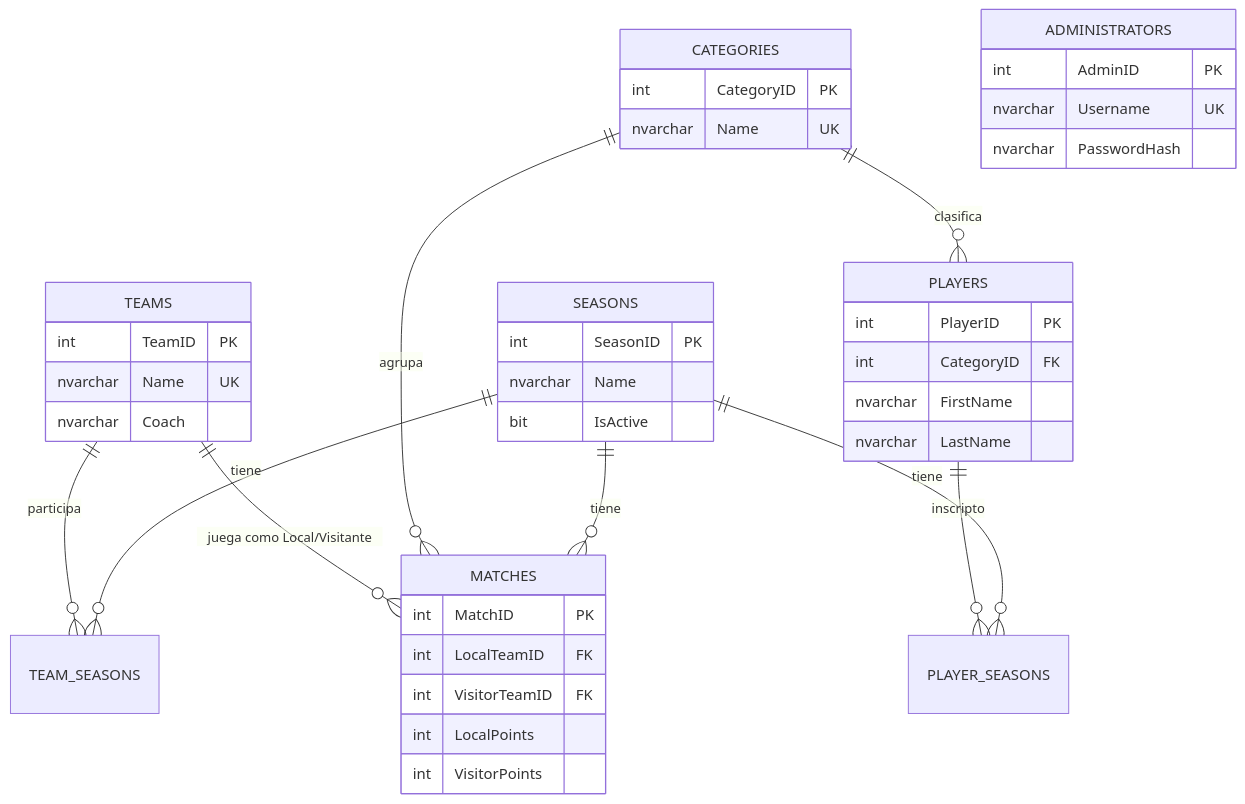
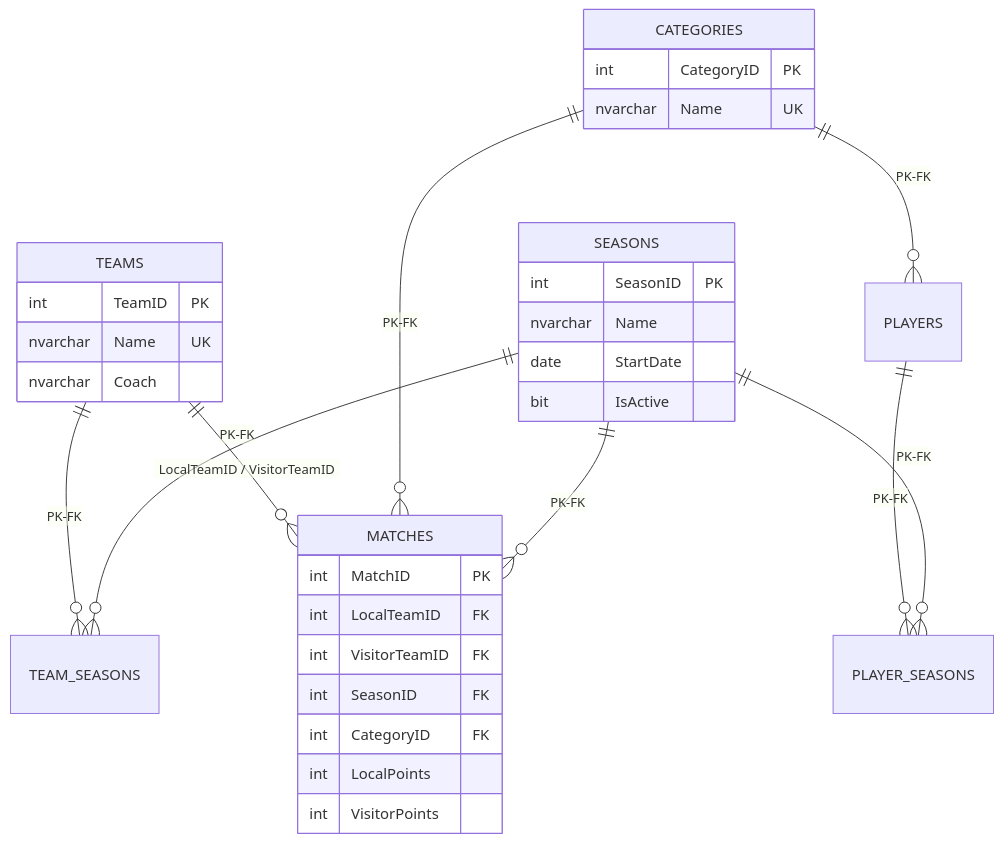
One commit to tomyhok/TPO_API_2026 changed the second of 3 diagrams in TPO_Liga/docs/DOCUMENTACION_TECNICA.md. Above: the diagram before and after it, drawn with Mermaid. The commit also changed other lines of this file and 1 other file, not shown here.

````diff
--- a/TPO_Liga/docs/DOCUMENTACION_TECNICA.md
+++ b/TPO_Liga/docs/DOCUMENTACION_TECNICA.md
@@ -51,47 +227,39 @@
 ```mermaid
 erDiagram
-    SEASONS ||--o{ TEAM_SEASONS : "tiene"
-    SEASONS ||--o{ PLAYER_SEASONS : "tiene"
-    SEASONS ||--o{ MATCHES : "tiene"
+    SEASONS ||--o{ TEAM_SEASONS : "PK-FK"
+    SEASONS ||--o{ PLAYER_SEASONS : "PK-FK"
+    SEASONS ||--o{ MATCHES : "PK-FK"
     
-    CATEGORIES ||--o{ MATCHES : "agrupa"
-    CATEGORIES ||--o{ PLAYERS : "clasifica"
+    CATEGORIES ||--o{ MATCHES : "PK-FK"
+    CATEGORIES ||--o{ PLAYERS : "PK-FK"
 
-    TEAMS ||--o{ TEAM_SEASONS : "participa"
-    TEAMS ||--o{ MATCHES : "juega como Local/Visitante"
+    TEAMS ||--o{ TEAM_SEASONS : "PK-FK"
+    TEAMS ||--o{ MATCHES : "LocalTeamID / VisitorTeamID"
     
-    PLAYERS ||--o{ PLAYER_SEASONS : "inscripto"
+    PLAYERS ||--o{ PLAYER_SEASONS : "PK-FK"
 
-    ADMINISTRATORS {
-        int AdminID PK
-        nvarchar Username UK
-        nvarchar PasswordHash
-    }
     SEASONS {
         int SeasonID PK
         nvarchar Name
+        date StartDate
         bit IsActive
     }
     CATEGORIES {
         int CategoryID PK
         nvarchar Name UK
     }
     TEAMS {
         int TeamID PK
         nvarchar Name UK
         nvarchar Coach
     }
-    PLAYERS {
-        int PlayerID PK
-        int CategoryID FK
-        nvarchar FirstName
-        nvarchar LastName
-    }
     MATCHES {
         int MatchID PK
         int LocalTeamID FK
         int VisitorTeamID FK
+        int SeasonID FK
+        int CategoryID FK
         int LocalPoints
         int VisitorPoints
     }
 ```
````
